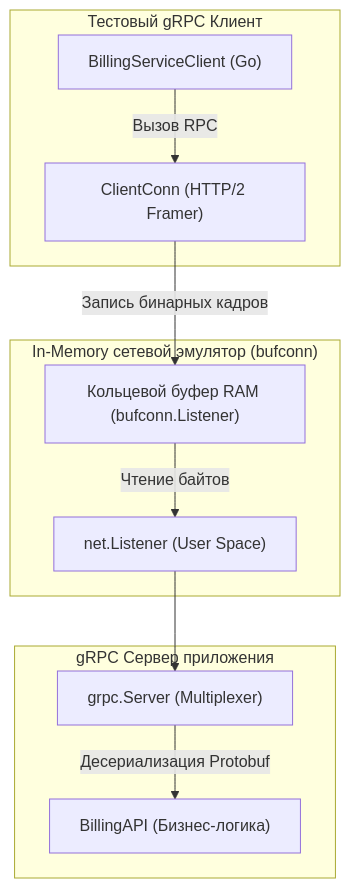
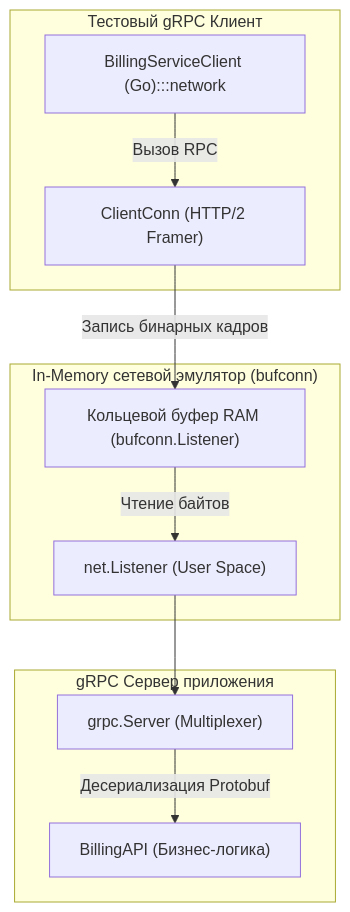
The diagram in sources/15. Тестирование в Go (QA & Testing)/06. HTTP и API тестирование/5. Тестирование gRPC.md (UnrealTemplier/go-textbook), drawn with Mermaid before and after one commit. The commit also changed 1666 other files, not shown here.

First line of the commit message:
feat(mermaid): add semantic color classDef to 1369 colorless flowchart/graph diagrams

````diff
--- a/sources/15. Тестирование в Go (QA & Testing)/06. HTTP и API тестирование/5. Тестирование gRPC.md
+++ b/sources/15. Тестирование в Go (QA & Testing)/06. HTTP и API тестирование/5. Тестирование gRPC.md
@@ -28,16 +28,26 @@
 ```mermaid
 flowchart TD
+    classDef process  fill:#1e293b,stroke:#38bdf8,stroke-width:1px,color:#f8fafc
+    classDef success  fill:#064e3b,stroke:#34d399,stroke-width:1px,color:#f8fafc
+    classDef error    fill:#7f1d1d,stroke:#f87171,stroke-width:1px,color:#f8fafc
+    classDef warning  fill:#78350f,stroke:#fbbf24,stroke-width:1px,color:#f8fafc
+    classDef entry    fill:#1e3a5f,stroke:#38bdf8,stroke-width:2px,color:#f8fafc
+    classDef aux      fill:#334155,stroke:#64748b,stroke-width:1px,color:#f8fafc
+    classDef system   fill:#312e81,stroke:#a78bfa,stroke-width:1px,color:#f8fafc
+    classDef data     fill:#132d29,stroke:#2dd4bf,stroke-width:1px,color:#f8fafc
+    classDef network  fill:#881337,stroke:#fb7185,stroke-width:1px,color:#f8fafc
+    classDef accent   fill:#1e1b4b,stroke:#818cf8,stroke-width:1px,color:#f8fafc
     subgraph ClientLayer["Тестовый gRPC Клиент"]
-        Client["BillingServiceClient (Go)"] -->|"Вызов RPC"| Conn["ClientConn (HTTP/2 Framer)"]
+        Client["BillingServiceClient (Go):::network"] -->|"Вызов RPC"| Conn["ClientConn (HTTP/2 Framer)"]
     end
 
     subgraph MemoryTransport["In-Memory сетевой эмулятор (bufconn)"]
         Conn -->|"Запись бинарных кадров"| Buf["Кольцевой буфер RAM (bufconn.Listener)"]
         Buf -->|"Чтение байтов"| ServListener["net.Listener (User Space)"]
     end
 
     subgraph ServerLayer["gRPC Сервер приложения"]
         ServListener --> GServer["grpc.Server (Multiplexer)"]
         GServer -->|"Десериализация Protobuf"| Logic["BillingAPI (Бизнес-логика)"]
     end
 ```
````
